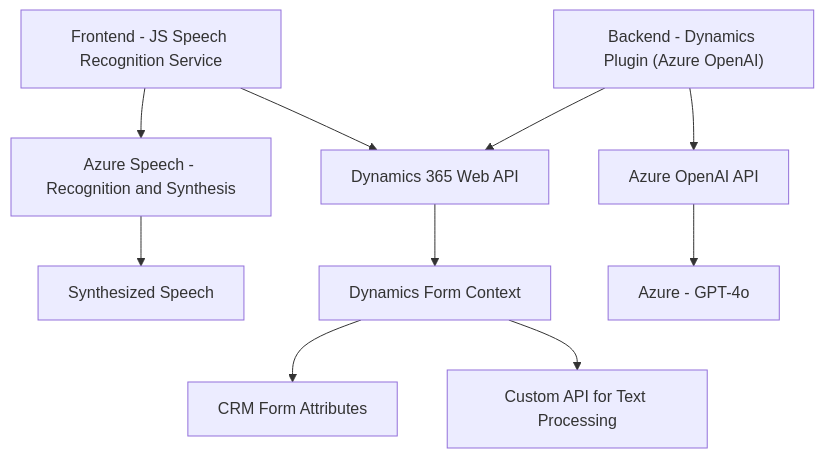
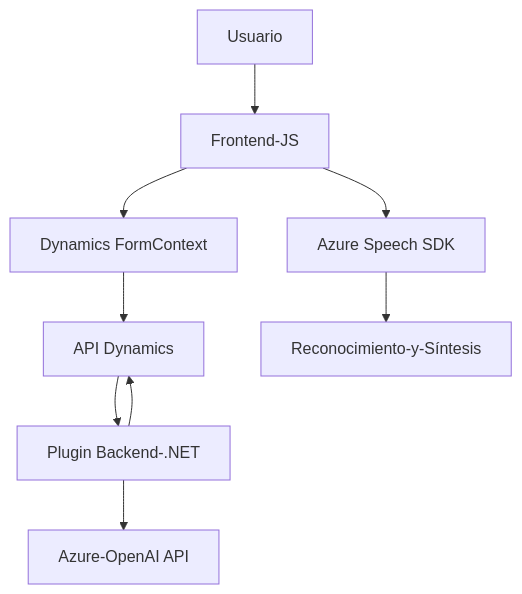
The diagram in README.md (blopezdm/NETCORE_BILBAO2025), drawn with Mermaid before and after one commit. The commit also changed other lines of this file, not shown here.

````diff
--- a/README.md
+++ b/README.md
@@ -43,12 +37,11 @@
 ```mermaid
 graph TD
-    A["Frontend - JS Speech Recognition Service"] --> B["Azure Speech - Recognition and Synthesis"]
-    A --> C["Dynamics 365 Web API"]
-    B --> F["Synthesized Speech"]
-    C --> D["Dynamics Form Context"]
-    D --> E["CRM Form Attributes"]
-    G["Backend - Dynamics Plugin (Azure OpenAI)"] --> C
-    G --> H["Azure OpenAI API"]
-    H --> I["Azure - GPT-4o"]
-    D --> J["Custom API for Text Processing"]
+  A["Usuario"] --> B["Frontend-JS"]
+  B --> C["Dynamics FormContext"]
+  B --> D["Azure Speech SDK"]
+  C --> G["API Dynamics"]
+  D --> E["Reconocimiento-y-Síntesis"]
+  F["Plugin Backend-.NET"] --> G
+  G --> F
+  F --> H["Azure-OpenAI API"]
 ```
````
